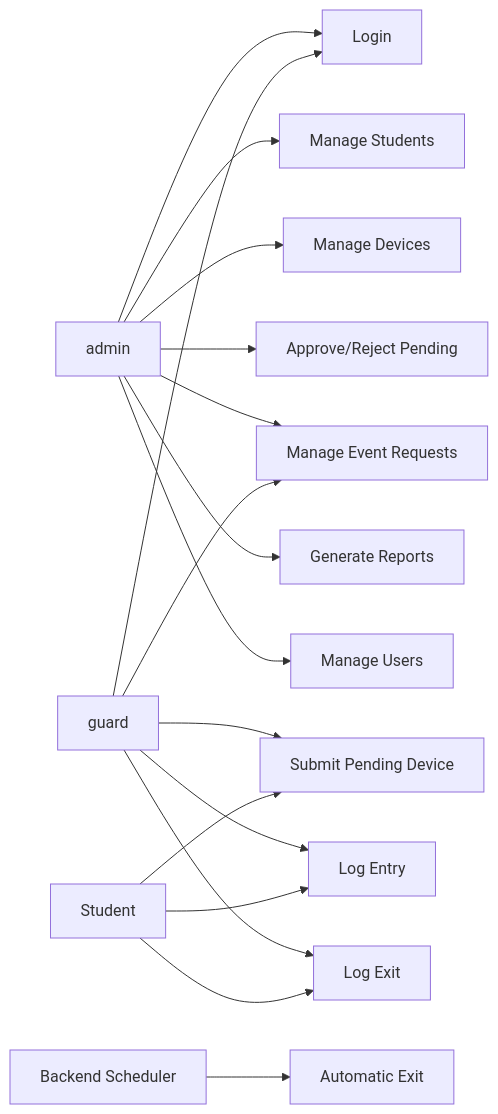
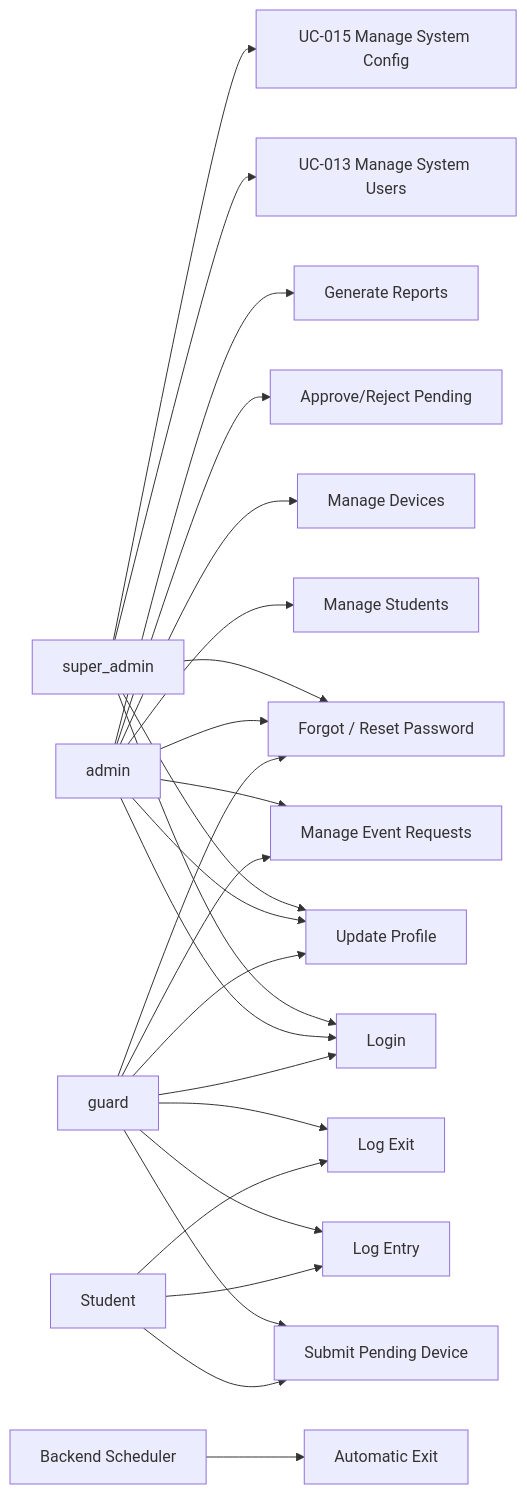
The diagram in docs/system-analysis/04-use-cases.md (isnotfred/javafx-byod-client), drawn with Mermaid before and after one commit. The commit also changed other lines of this file and 48 other files, not shown here.

Commit message:
Update system analysis and architecture documentation

````diff
--- a/docs/system-analysis/04-use-cases.md
+++ b/docs/system-analysis/04-use-cases.md
@@ -14,35 +15,48 @@
 ```mermaid
 flowchart LR
+    SuperAdmin["super_admin"]
     Admin["admin"]
     Guard["guard"]
     Student["Student"]
     Scheduler["Backend Scheduler"]
+
     Login["Login"]
+    Profile["Update Profile"]
+    ForgotPassword["Forgot / Reset Password"]
+    ManageUsers["UC-013 Manage System Users"]
+    SysConfig["UC-015 Manage System Config"]
     Students["Manage Students"]
     Devices["Manage Devices"]
     Pending["Submit Pending Device"]
     Approve["Approve/Reject Pending"]
     Events["Manage Event Requests"]
     Entry["Log Entry"]
     Exit["Log Exit"]
     AutoExit["Automatic Exit"]
     Reports["Generate Reports"]
-    Users["Manage Users"]
 
+    SuperAdmin --> Login
     Admin --> Login
     Guard --> Login
+    SuperAdmin --> Profile
+    Admin --> Profile
+    Guard --> Profile
+    SuperAdmin --> ForgotPassword
+    Admin --> ForgotPassword
+    Guard --> ForgotPassword
+    SuperAdmin --> ManageUsers
+    SuperAdmin --> SysConfig
     Admin --> Students
     Admin --> Devices
     Admin --> Approve
     Admin --> Events
     Admin --> Reports
-    Admin --> Users
     Guard --> Pending
     Guard --> Events
     Guard --> Entry
     Guard --> Exit
     Student --> Pending
     Student --> Entry
     Student --> Exit
     Scheduler --> AutoExit
 ```
````
